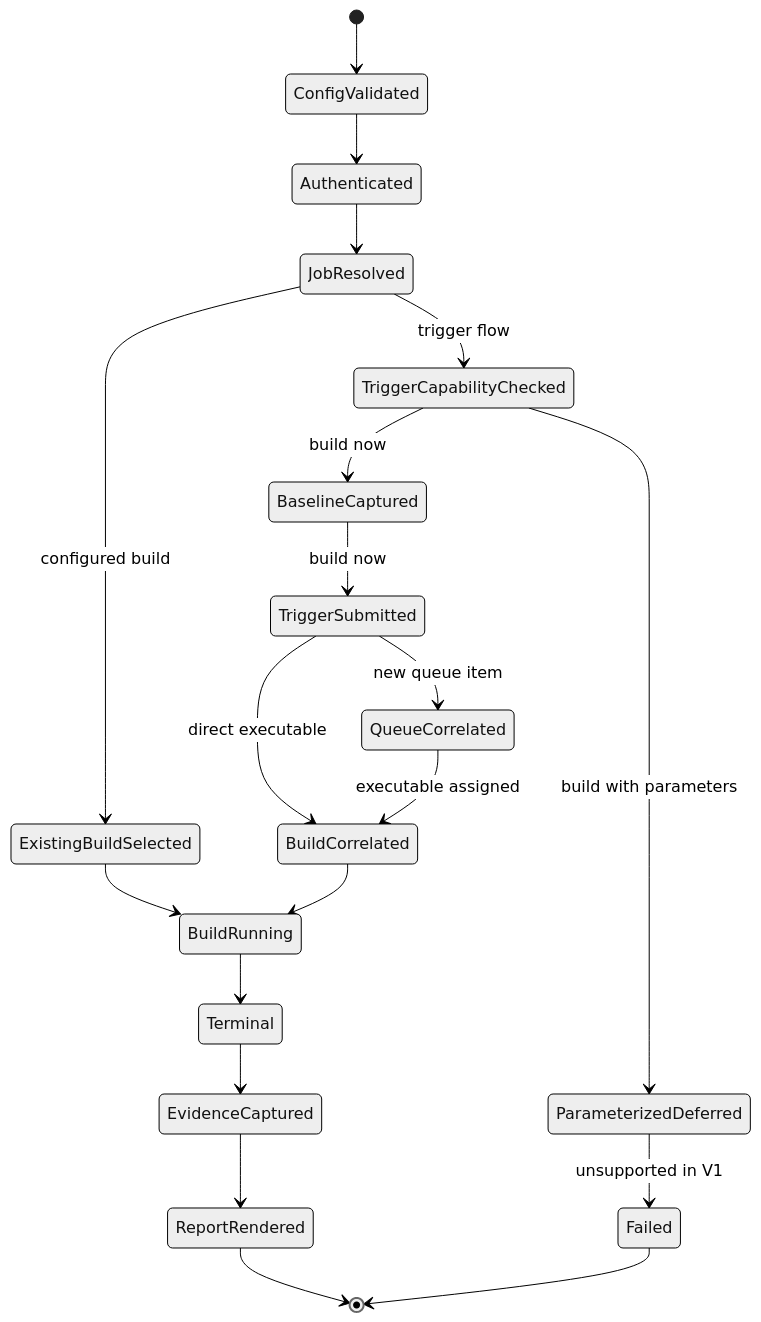
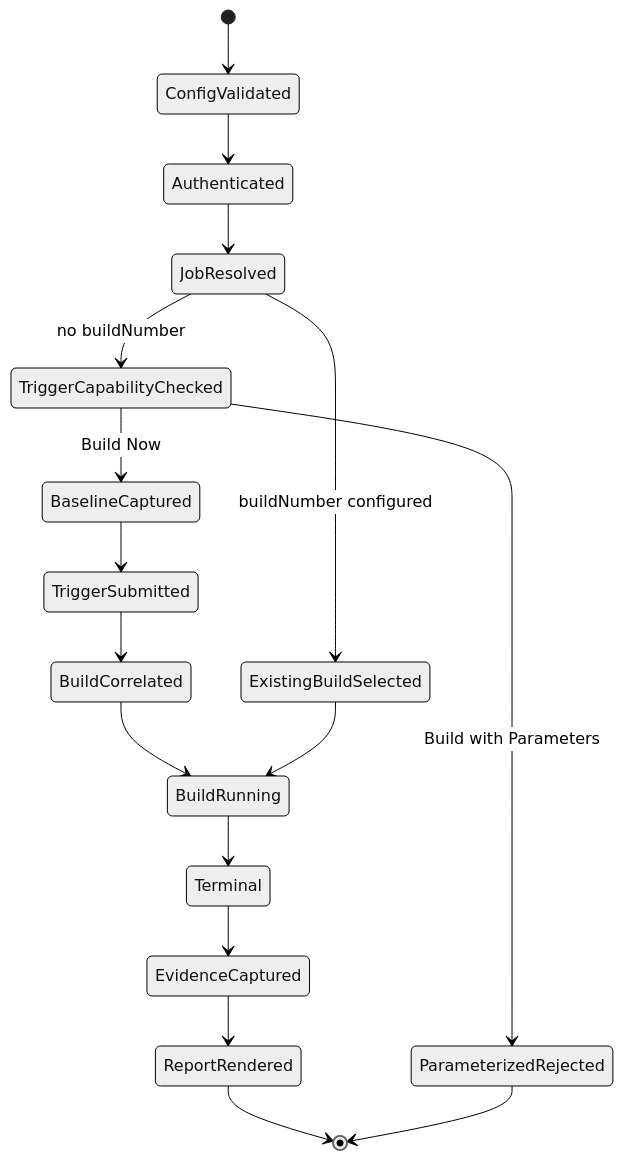
Before and after one commit to loidinhm31/auto-jobs: the second of 2 diagrams in docs/architecture.md, drawn with Mermaid (neutral theme). The commit also changed other lines of this file and 3 other files, not shown here.

First line of the commit message:
docs: add README and update architecture, configuration, and release docs

````diff
--- a/docs/architecture.md
+++ b/docs/architecture.md
@@ -75,22 +134,19 @@
 ```mermaid
 stateDiagram-v2
   [*] --> ConfigValidated
   ConfigValidated --> Authenticated
   Authenticated --> JobResolved
-  JobResolved --> ExistingBuildSelected : configured build
-  JobResolved --> TriggerCapabilityChecked : trigger flow
-  TriggerCapabilityChecked --> ParameterizedDeferred : build with parameters
-  TriggerCapabilityChecked --> BaselineCaptured : build now
-  BaselineCaptured --> TriggerSubmitted : build now
-  ParameterizedDeferred --> Failed : unsupported in V1
-  TriggerSubmitted --> QueueCorrelated : new queue item
-  TriggerSubmitted --> BuildCorrelated : direct executable
-  QueueCorrelated --> BuildCorrelated : executable assigned
+  JobResolved --> ExistingBuildSelected: buildNumber configured
+  JobResolved --> TriggerCapabilityChecked: no buildNumber
+  TriggerCapabilityChecked --> ParameterizedRejected: Build with Parameters
+  TriggerCapabilityChecked --> BaselineCaptured: Build Now
+  BaselineCaptured --> TriggerSubmitted
+  TriggerSubmitted --> BuildCorrelated
+  BuildCorrelated --> BuildRunning
   ExistingBuildSelected --> BuildRunning
-  BuildCorrelated --> BuildRunning
   BuildRunning --> Terminal
   Terminal --> EvidenceCaptured
   EvidenceCaptured --> ReportRendered
   ReportRendered --> [*]
-  Failed --> [*]
+  ParameterizedRejected --> [*]
 ```
````
